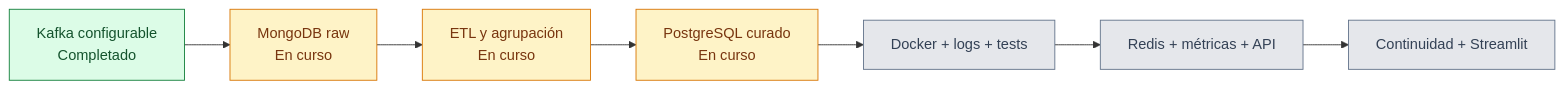
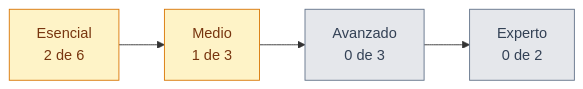
One commit to Bootcamp-IA-MAD-P7/Proyecto-DataEngineer-Grupo1 changed the second of 2 diagrams in README.md. Above: the diagram before and after it, drawn with Mermaid. The commit also changed other lines of this file, not shown here.

````diff
--- a/README.md
+++ b/README.md
@@ -158,16 +224,12 @@
 ```mermaid
 flowchart LR
-    E1[Kafka configurable<br/>Completado] --> E2[MongoDB raw<br/>En curso]
-    E2 --> E3[ETL y agrupación<br/>En curso]
-    E3 --> E4[PostgreSQL curado<br/>En curso]
-    E4 --> M[Docker + logs + tests]
-    M --> A[Redis + métricas + API]
-    A --> X[Continuidad + Streamlit]
+    E[Esencial<br/>2 de 6] --> M[Medio<br/>1 de 3]
+    M --> A[Avanzado<br/>0 de 3]
+    A --> X[Experto<br/>0 de 2]
 
     classDef done fill:#DCFCE7,stroke:#15803D,color:#14532D;
     classDef active fill:#FEF3C7,stroke:#D97706,color:#78350F;
     classDef planned fill:#E5E7EB,stroke:#64748B,color:#334155;
-    class E1 done;
-    class E2,E3,E4 active;
-    class M,A,X planned;
+    class E,M active;
+    class A,X planned;
 ```
````
